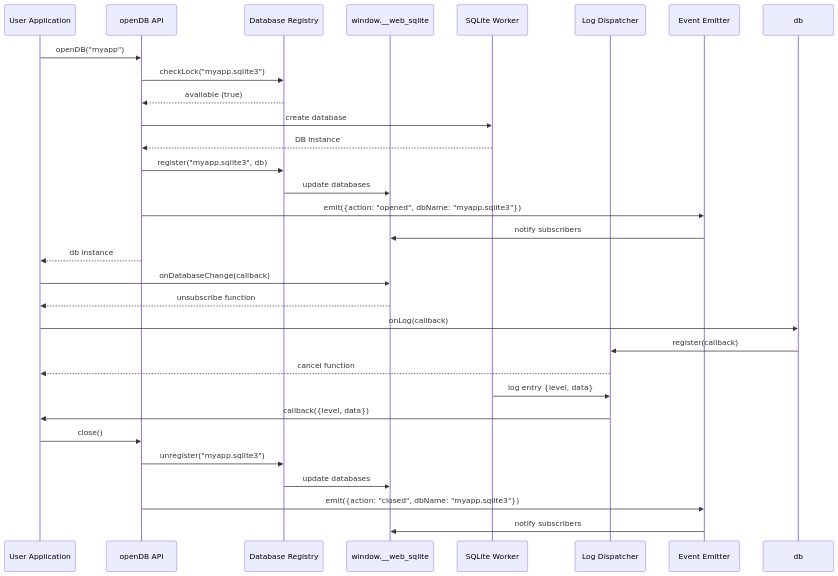
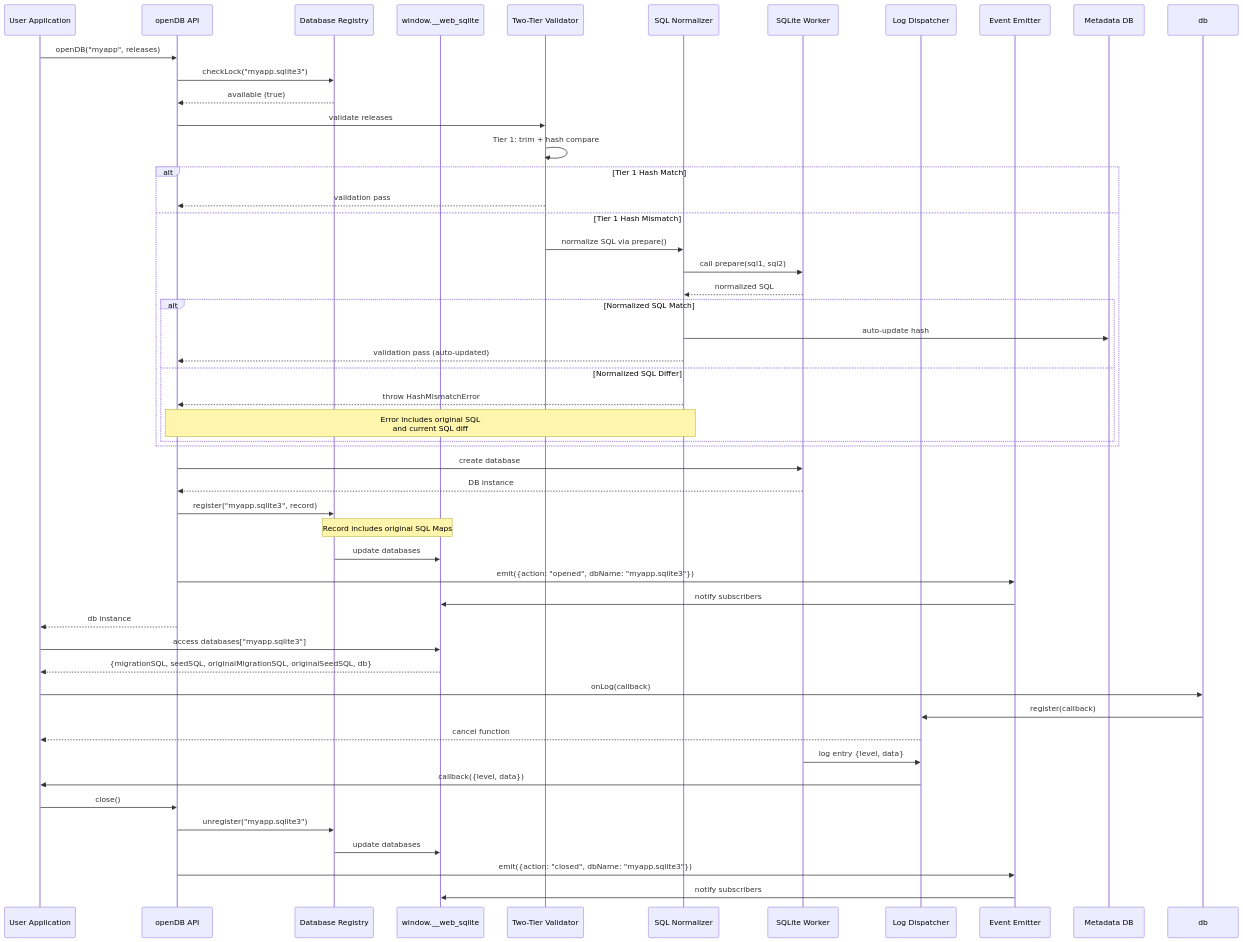
One commit to wuchuheng/web-sqlite-js changed the fourth of 4 diagrams in agent-docs/03-architecture/01-hld.md. Above: the diagram before and after it, drawn with Mermaid. The commit also changed other lines of this file and 52 other files, not shown here.

First line of the commit message:
feat(release): implement two-tier SQL validation for hash mismatch detection

````diff
--- a/agent-docs/03-architecture/01-hld.md
+++ b/agent-docs/03-architecture/01-hld.md
@@ -368,37 +420,61 @@
 ```mermaid
 sequenceDiagram
     participant App as User Application
     participant API as openDB API
     participant Reg as Database Registry
     participant NS as window.__web_sqlite
+    participant Validator as Two-Tier Validator
+    participant Normalizer as SQL Normalizer
     participant Worker as SQLite Worker
     participant Log as Log Dispatcher
     participant Event as Event Emitter
+    participant Meta as Metadata DB
 
-    App->>API: openDB("myapp")
+    App->>API: openDB("myapp", releases)
     API->>Reg: checkLock("myapp.sqlite3")
     Reg-->>API: available (true)
+
+    API->>Validator: validate releases
+    Validator->>Validator: Tier 1: trim + hash compare
+
+    alt Tier 1 Hash Match
+        Validator-->>API: validation pass
+    else Tier 1 Hash Mismatch
+        Validator->>Normalizer: normalize SQL via prepare()
+        Normalizer->>Worker: call prepare(sql1, sql2)
+        Worker-->>Normalizer: normalized SQL
+
+        alt Normalized SQL Match
+            Normalizer->>Meta: auto-update hash
+            Normalizer-->>API: validation pass (auto-updated)
+        else Normalized SQL Differ
+            Normalizer-->>API: throw HashMismatchError
+            Note over API,Normalizer: Error includes original SQL<br/>and current SQL diff
+        end
+    end
+
     API->>Worker: create database
     Worker-->>API: DB instance
-    API->>Reg: register("myapp.sqlite3", db)
+    API->>Reg: register("myapp.sqlite3", record)
+    Note over Reg,NS: Record includes original SQL Maps
     Reg->>NS: update databases
     API->>Event: emit({action: "opened", dbName: "myapp.sqlite3"})
     Event->>NS: notify subscribers
     API-->>App: db instance
 
-    App->>NS: onDatabaseChange(callback)
-    NS-->>App: unsubscribe function
+    App->>NS: access databases["myapp.sqlite3"]
+    NS-->>App: {migrationSQL, seedSQL, originalMigrationSQL, originalSeedSQL, db}
 
     App->>db: onLog(callback)
     db->>Log: register(callback)
     Log-->>App: cancel function
 
     Worker->>Log: log entry {level, data}
     Log->>App: callback({level, data})
 
     App->>API: close()
     API->>Reg: unregister("myapp.sqlite3")
     Reg->>NS: update databases
     API->>Event: emit({action: "closed", dbName: "myapp.sqlite3"})
     Event->>NS: notify subscribers
 ```
````
